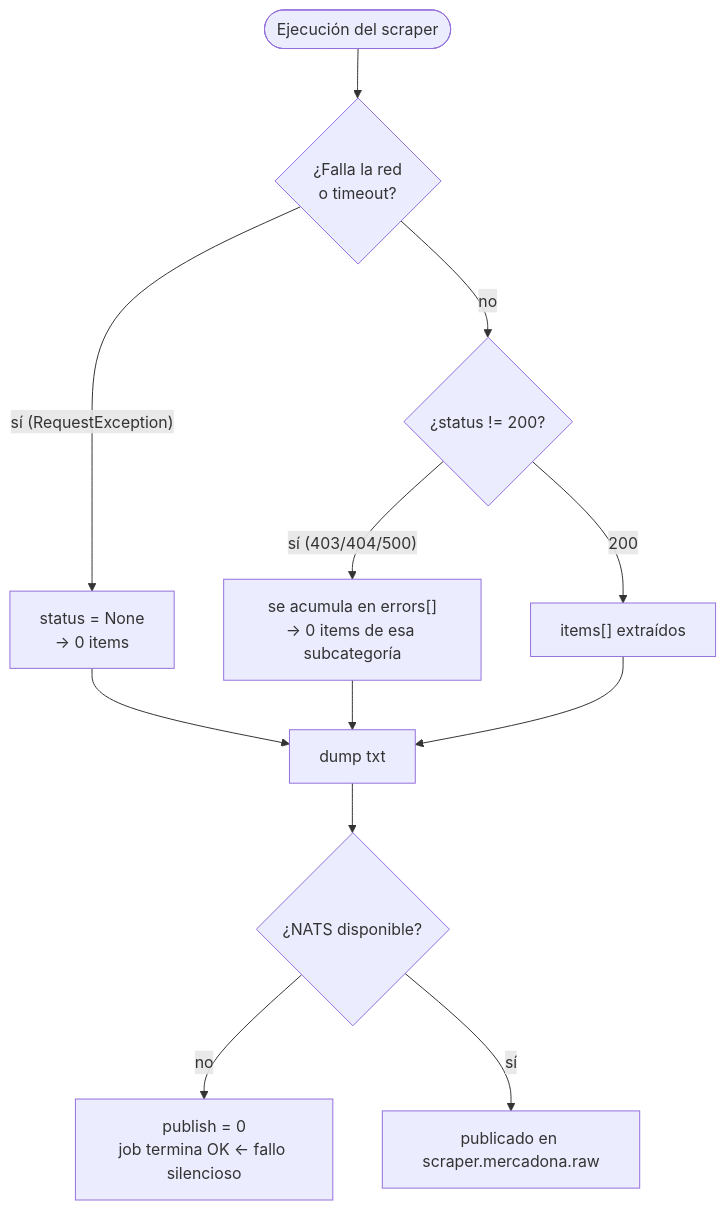
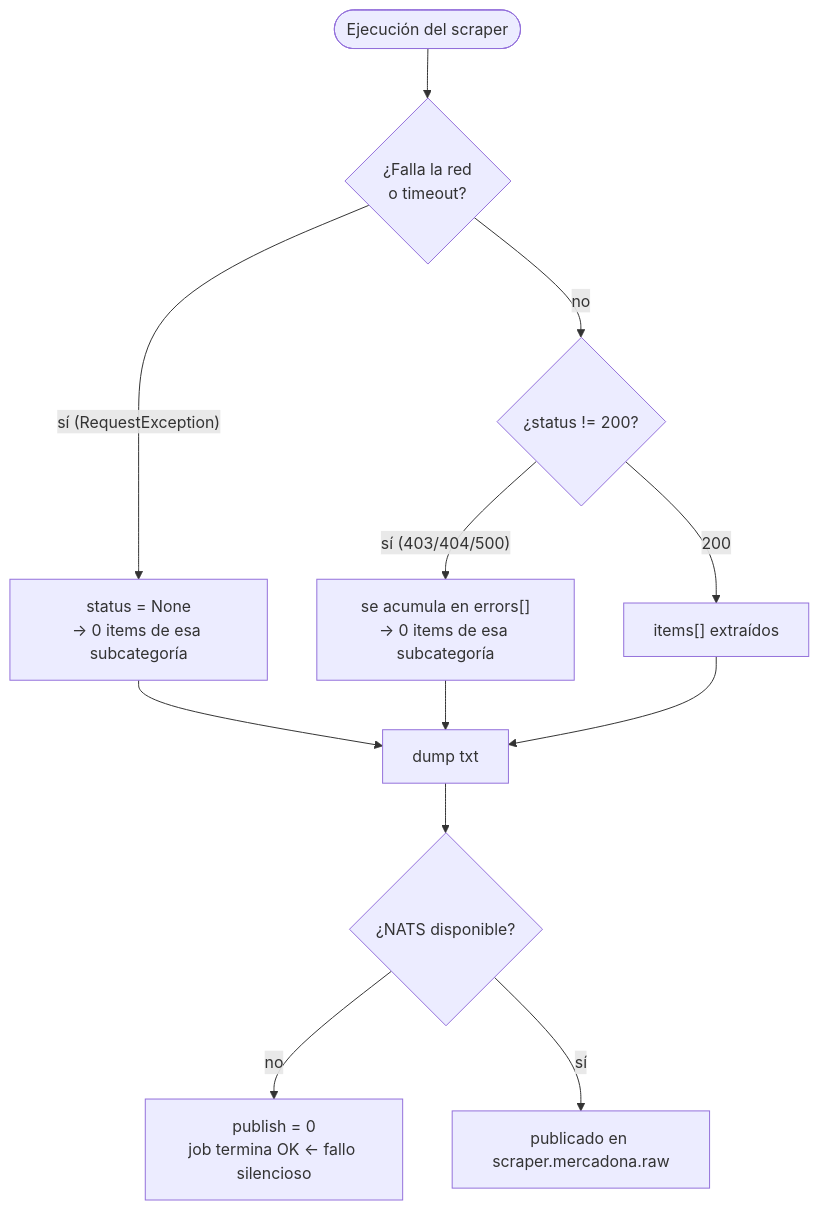
The first of 2 diagrams in flujo-entrada/docs/04-estados-y-errores.md (TheMinimalOwl/PTI-Q26-27-TARDOR), drawn with Mermaid before and after one commit. The commit also changed other lines of this file and 7 other files, not shown here.

````diff
--- a/flujo-entrada/docs/04-estados-y-errores.md
+++ b/flujo-entrada/docs/04-estados-y-errores.md
@@ -5,14 +5,14 @@
 ```mermaid
 flowchart TB
   START(["Ejecución del scraper"]) --> NET{"¿Falla la red<br/>o timeout?"}
-  NET -->|"sí (RequestException)"| F1["status = None<br/>→ 0 items"]
+  NET -->|"sí (RequestException)"| F1["status = None<br/>→ 0 items de esa subcategoría"]
   NET -->|"no"| HTTP{"¿status != 200?"}
   HTTP -->|"sí (403/404/500)"| F2["se acumula en errors[]<br/>→ 0 items de esa subcategoría"]
   HTTP -->|"200"| OK["items[] extraídos"]
   OK --> DUMP["dump txt"]
   DUMP --> PUB{"¿NATS disponible?"}
   PUB -->|"no"| F3["publish = 0<br/>job termina OK ← fallo silencioso"]
   PUB -->|"sí"| F4["publicado en scraper.mercadona.raw"]
   F1 --> DUMP
   F2 --> DUMP
 ```
````
